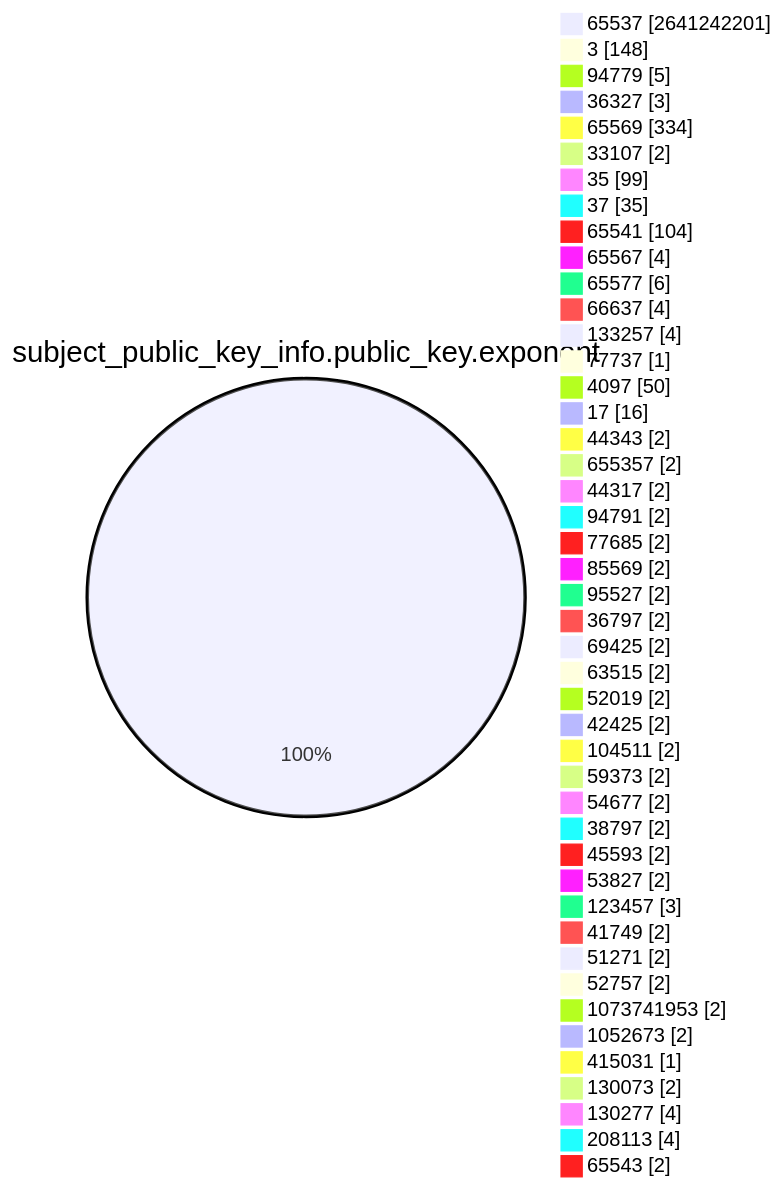
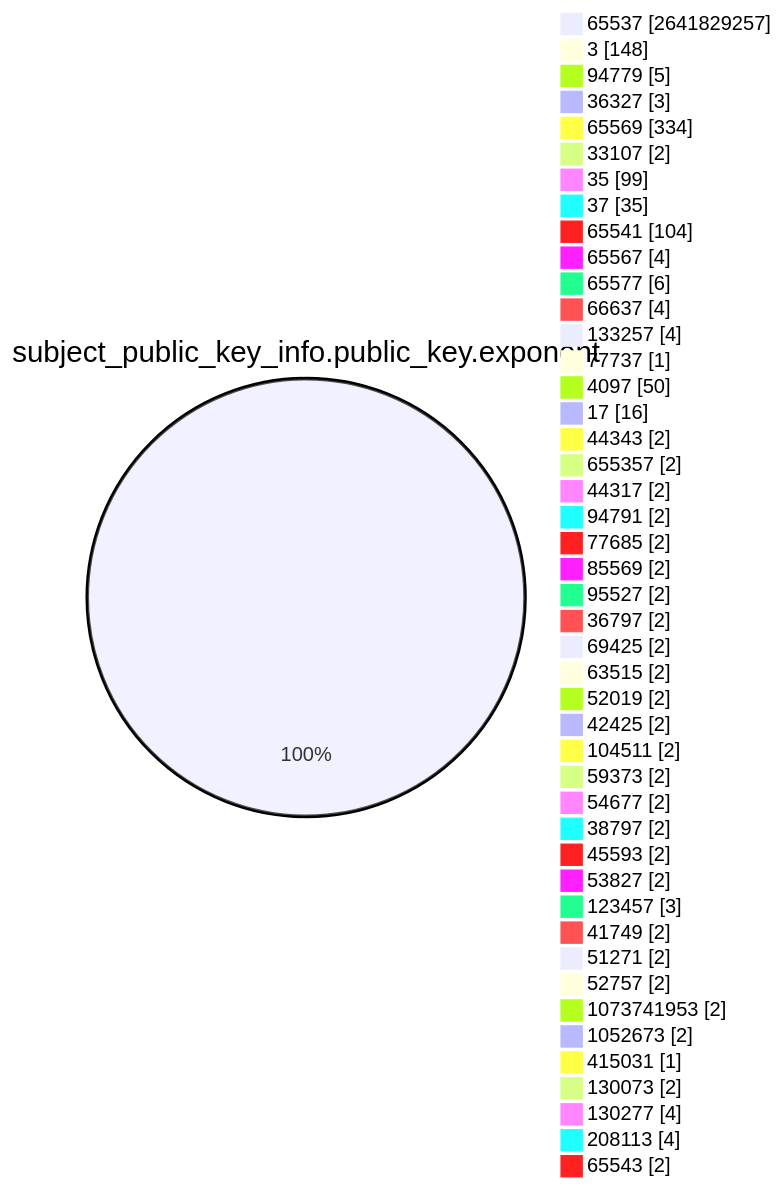
Before and after one commit to christiankrug/ctmonitor_visualization: the fourth of 15 diagrams in TOTAL/README.md, drawn with Mermaid. The commit also changed other lines of this file, not shown here.

````diff
--- a/TOTAL/README.md
+++ b/TOTAL/README.md
@@ -1467,49 +1467,49 @@
 ```mermaid
 pie showData
 title subject_public_key_info.public_key.exponent
-"65537" :2641242201
+"65537" :2641829257
 "3" :148
 "94779" :5
 "36327" :3
 "65569" :334
 "33107" :2
 "35" :99
 "37" :35
 "65541" :104
 "65567" :4
 "65577" :6
 "66637" :4
 "133257" :4
 "77737" :1
 "4097" :50
 "17" :16
 "44343" :2
 "655357" :2
 "44317" :2
 "94791" :2
 "77685" :2
 "85569" :2
 "95527" :2
 "36797" :2
 "69425" :2
 "63515" :2
 "52019" :2
 "42425" :2
 "104511" :2
 "59373" :2
 "54677" :2
 "38797" :2
 "45593" :2
 "53827" :2
 "123457" :3
 "41749" :2
 "51271" :2
 "52757" :2
 "1073741953" :2
 "1052673" :2
 "415031" :1
 "130073" :2
 "130277" :4
 "208113" :4
 "65543" :2
 ```
````
